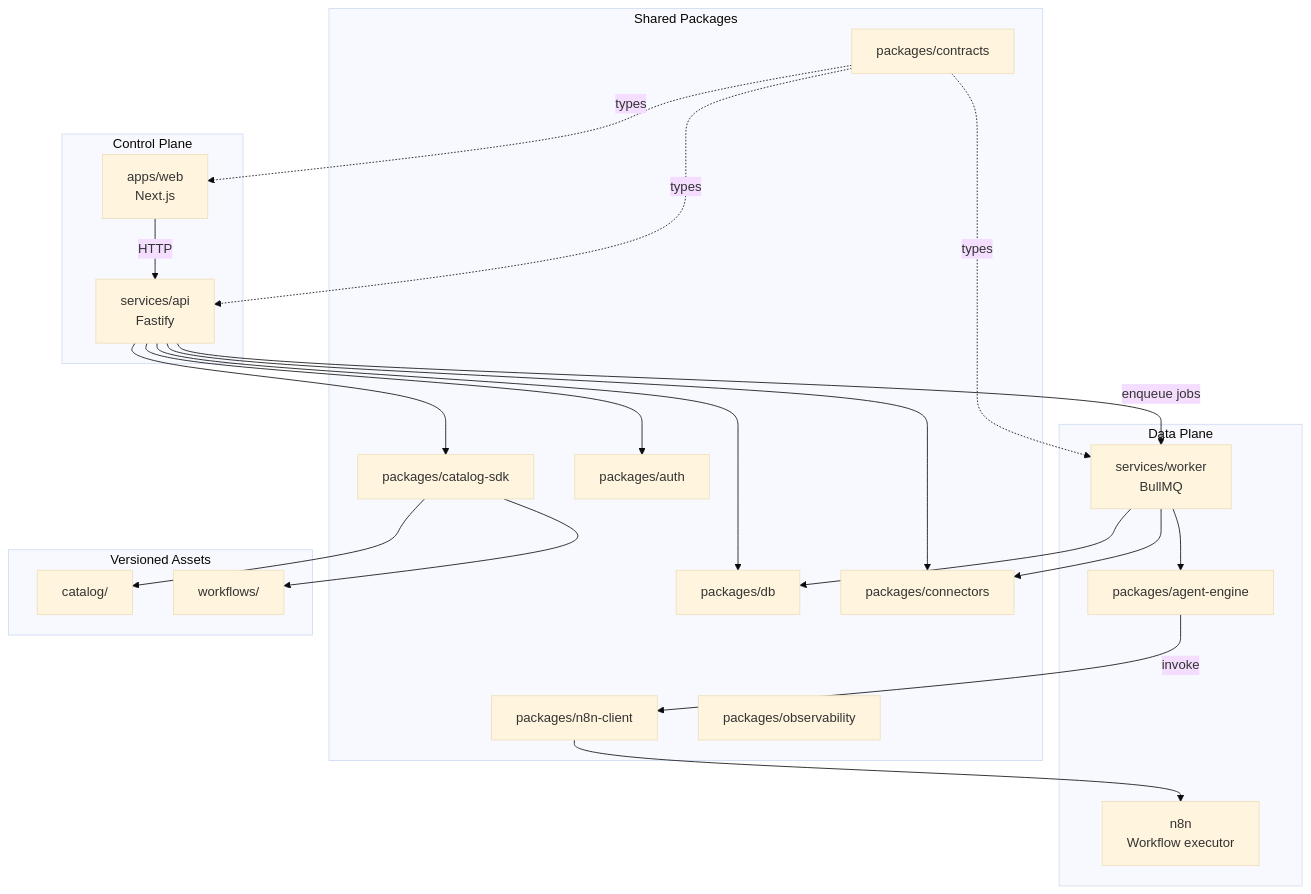
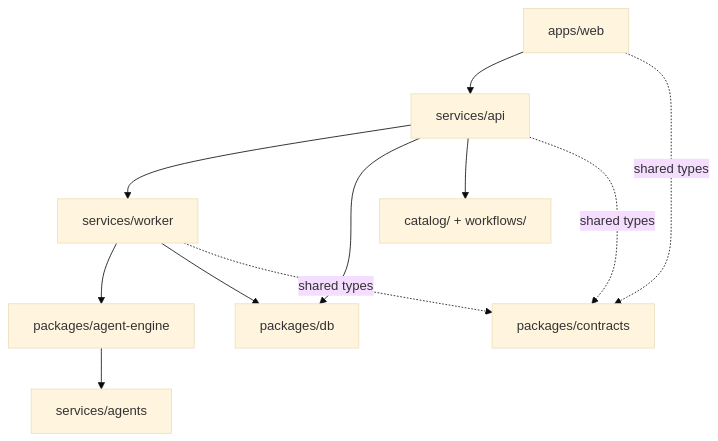
One commit to agentmou/agentmou-platform changed the diagram in docs/architecture/overview.md. Above: the diagram before and after it, drawn with Mermaid (base theme). The commit also changed other lines of this file and 74 other files, not shown here.

````diff
--- a/docs/architecture/overview.md
+++ b/docs/architecture/overview.md
@@ -20,48 +19,13 @@
 ```mermaid
 flowchart TD
-  subgraph controlPlane [Control Plane]
-    Web["apps/web<br/>Next.js"]
-    API["services/api<br/>Fastify"]
-  end
-
-  subgraph dataPlane [Data Plane]
-    Worker["services/worker<br/>BullMQ"]
-    Engine["packages/agent-engine"]
-    N8n["n8n<br/>Workflow executor"]
-  end
-
-  subgraph shared [Shared Packages]
-    Contracts["packages/contracts"]
-    DB["packages/db"]
-    CatalogSDK["packages/catalog-sdk"]
-    Auth["packages/auth"]
-    Connectors["packages/connectors"]
-    N8nClient["packages/n8n-client"]
-    Observability["packages/observability"]
-  end
-
-  subgraph assets [Versioned Assets]
-    Catalog["catalog/"]
-    Workflows["workflows/"]
-  end
-
-  Web -->|"HTTP"| API
-  API -->|"enqueue jobs"| Worker
-  Worker --> Engine
-  Engine -->|"invoke"| N8nClient
-  N8nClient --> N8n
-
-  API --> DB
-  API --> CatalogSDK
-  API --> Auth
-  API --> Connectors
+  Web["apps/web"] --> API["services/api"]
+  API --> Worker["services/worker"]
+  Worker --> Engine["packages/agent-engine"]
+  Engine --> Agents["services/agents"]
+  API --> DB["packages/db"]
   Worker --> DB
-  Worker --> Connectors
-
-  CatalogSDK --> Catalog
-  CatalogSDK --> Workflows
-
-  Contracts -.->|"types"| Web
-  Contracts -.->|"types"| API
-  Contracts -.->|"types"| Worker
+  API --> Catalog["catalog/ + workflows/"]
+  API -. shared types .-> Contracts["packages/contracts"]
+  Worker -. shared types .-> Contracts
+  Web -. shared types .-> Contracts
 ```
````
